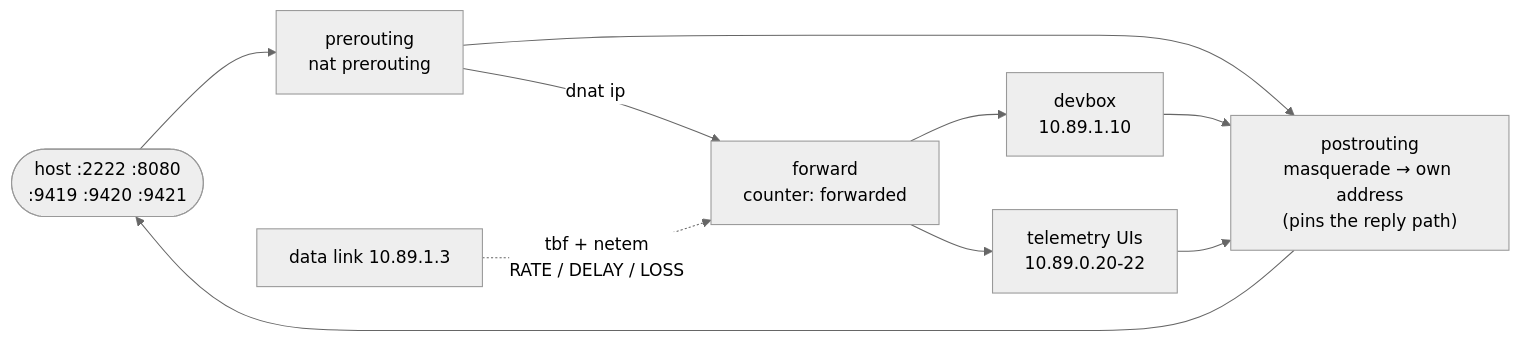
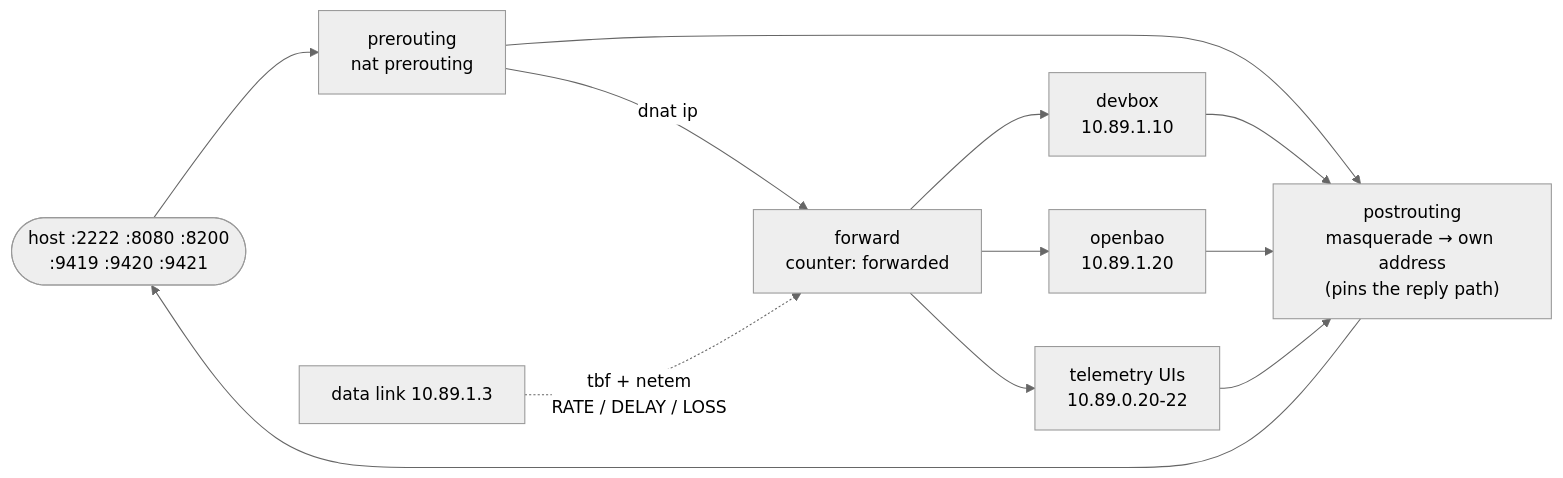
Before and after one commit to TreeHappy/Worktainer: the diagram in sandbox/ingress/README.md, drawn with Mermaid (neutral theme). The commit also changed 7 other files, not shown here.

````diff
--- a/sandbox/ingress/README.md
+++ b/sandbox/ingress/README.md
@@ -9,12 +9,14 @@
 ```mermaid
 flowchart LR
-    H(["host :2222 :8080<br/>:9419 :9420 :9421"]) --> PR["prerouting<br/>nat prerouting"]
+    H(["host :2222 :8080 :8200<br/>:9419 :9420 :9421"]) --> PR["prerouting<br/>nat prerouting"]
     PR -->|"dnat ip"| F["forward<br/>counter: forwarded"]
     F --> D["devbox<br/>10.89.1.10"]
+    F --> O["openbao<br/>10.89.1.20"]
     F --> T["telemetry UIs<br/>10.89.0.20-22"]
     PR --> POST["postrouting<br/>masquerade → own address<br/>(pins the reply path)"]
     D --> POST
+    O --> POST
     T --> POST
     POST --> H
     DATA["data link 10.89.1.3"] -.->|"tbf + netem<br/>RATE / DELAY / LOSS"| F
 ```
````
